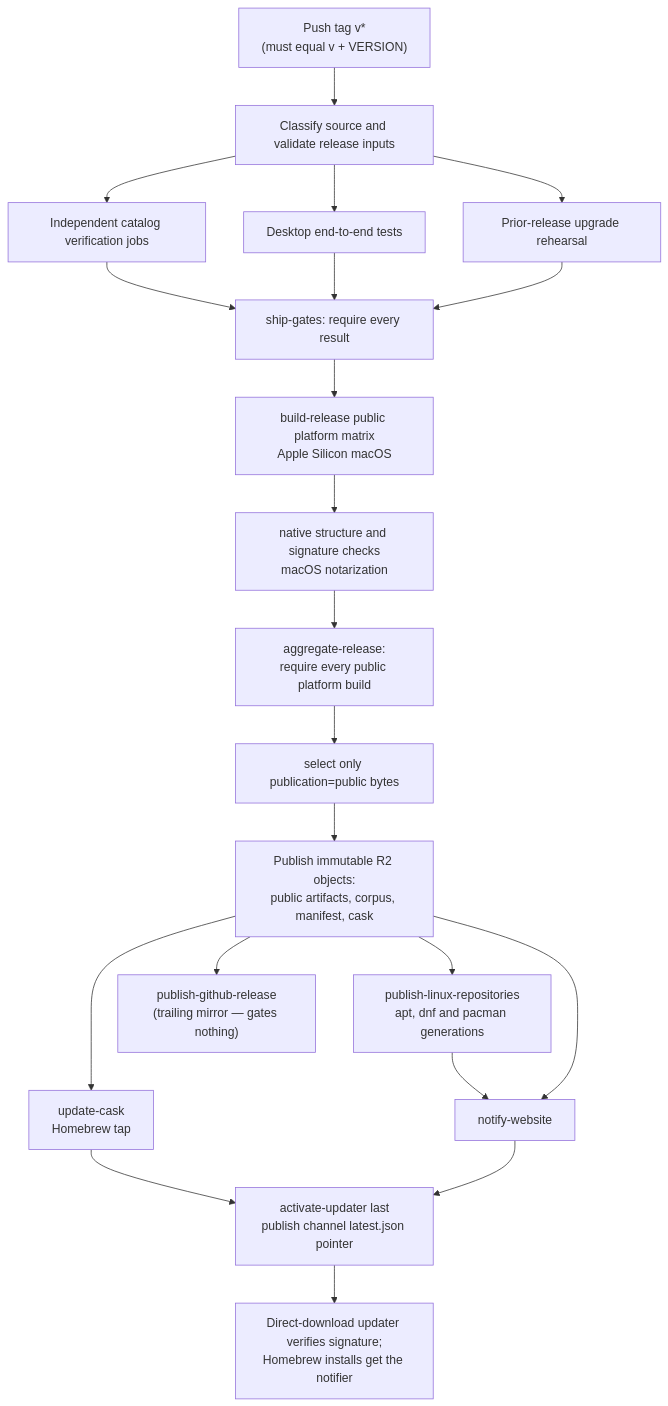
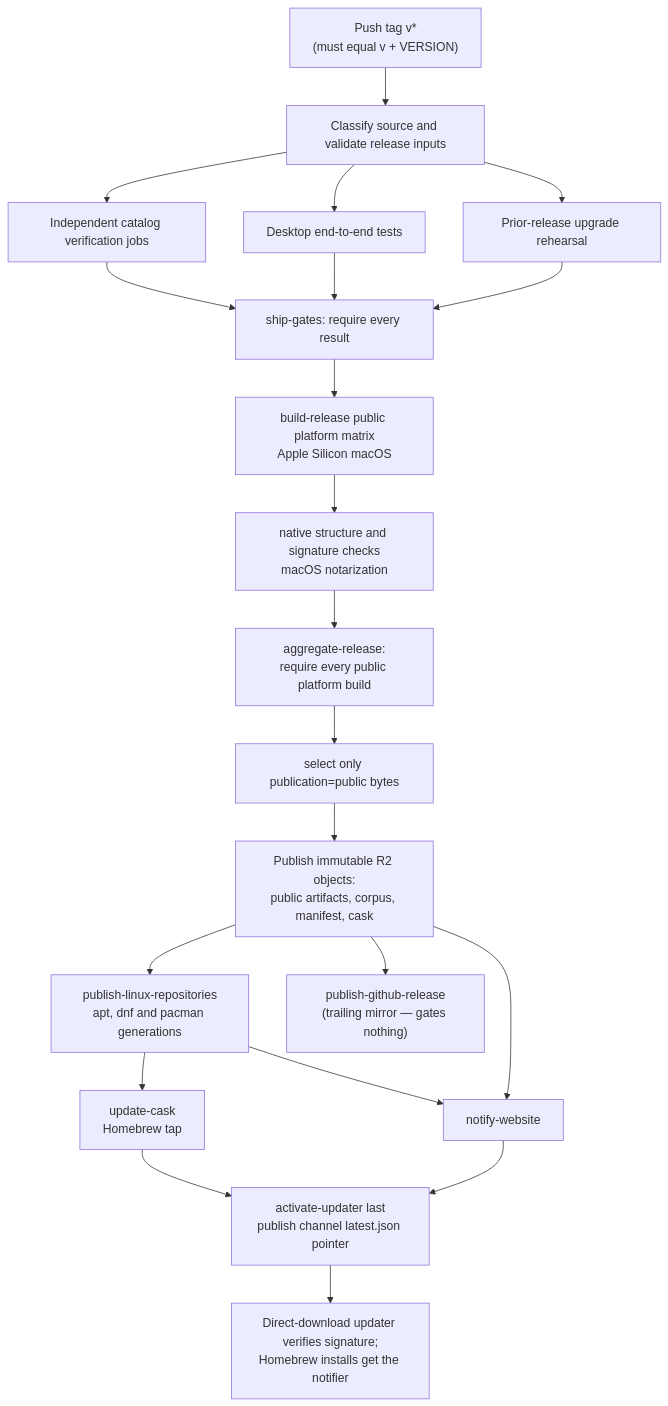
Before and after one commit to paintedwolf-ai/paintedwolf-code: the diagram in docs/dev-tasks.md, drawn with Mermaid. The commit also changed other lines of this file and 3 other files, not shown here.

````diff
--- a/docs/dev-tasks.md
+++ b/docs/dev-tasks.md
@@ -949,23 +949,23 @@
 ```mermaid
 flowchart TD
     tag["Push tag v*<br/>(must equal v + VERSION)"] --> preflight["Classify source and validate release inputs"]
     preflight --> checks["Independent catalog verification jobs"]
     preflight --> desktop["Desktop end-to-end tests"]
     preflight --> upgrade["Prior-release upgrade rehearsal"]
     checks --> gates["ship-gates: require every result"]
     desktop --> gates
     upgrade --> gates
     gates --> bundle["build-release public platform matrix<br/>Apple Silicon macOS"]
     bundle --> verify["native structure and signature checks<br/>macOS notarization"]
     verify --> aggregate["aggregate-release:<br/>require every public platform build"]
     aggregate --> boundary["select only publication=public bytes"]
     boundary --> r2["Publish immutable R2 objects:<br/>public artifacts, corpus, manifest, cask"]
-    r2 --> cask["update-cask<br/>Homebrew tap"]
     r2 --> linux["publish-linux-repositories<br/>apt, dnf and pacman generations"]
+    linux --> cask["update-cask<br/>Homebrew tap"]
     linux --> www
     r2 --> mirror["publish-github-release<br/>(trailing mirror — gates nothing)"]
     r2 --> www["notify-website"]
     cask --> activate["activate-updater last<br/>publish channel latest.json pointer"]
     www --> activate
     activate --> clients["Direct-download updater verifies signature;<br/>Homebrew installs get the notifier"]
 ```
````
